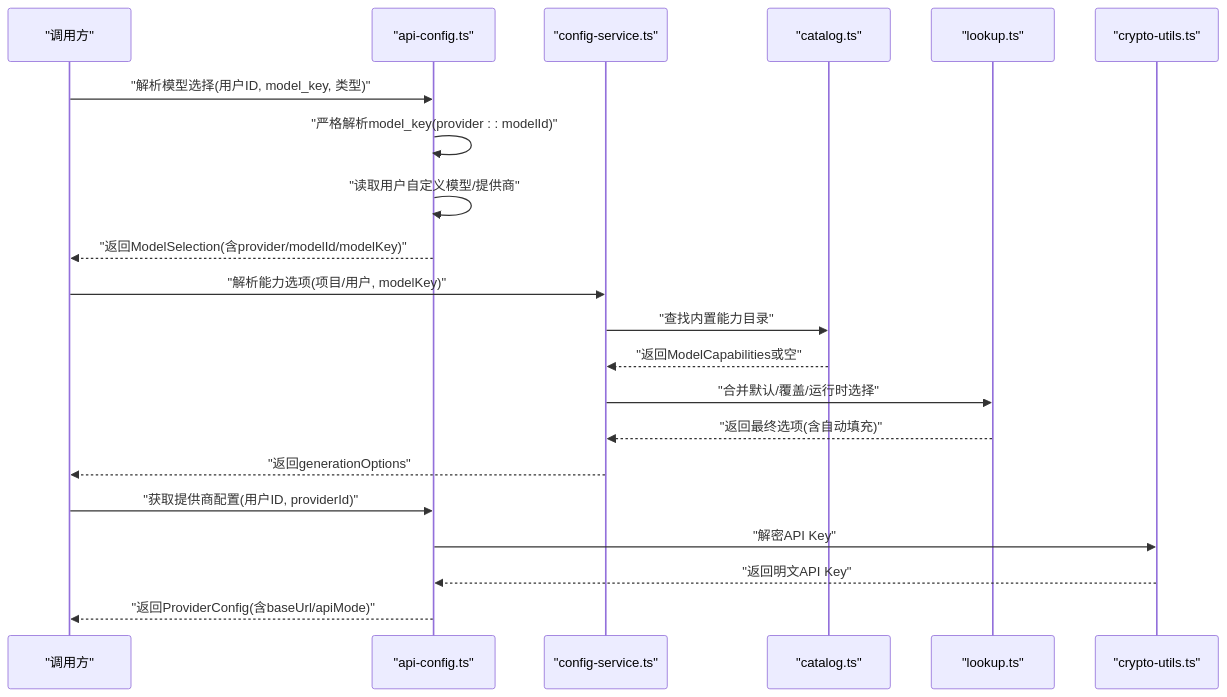
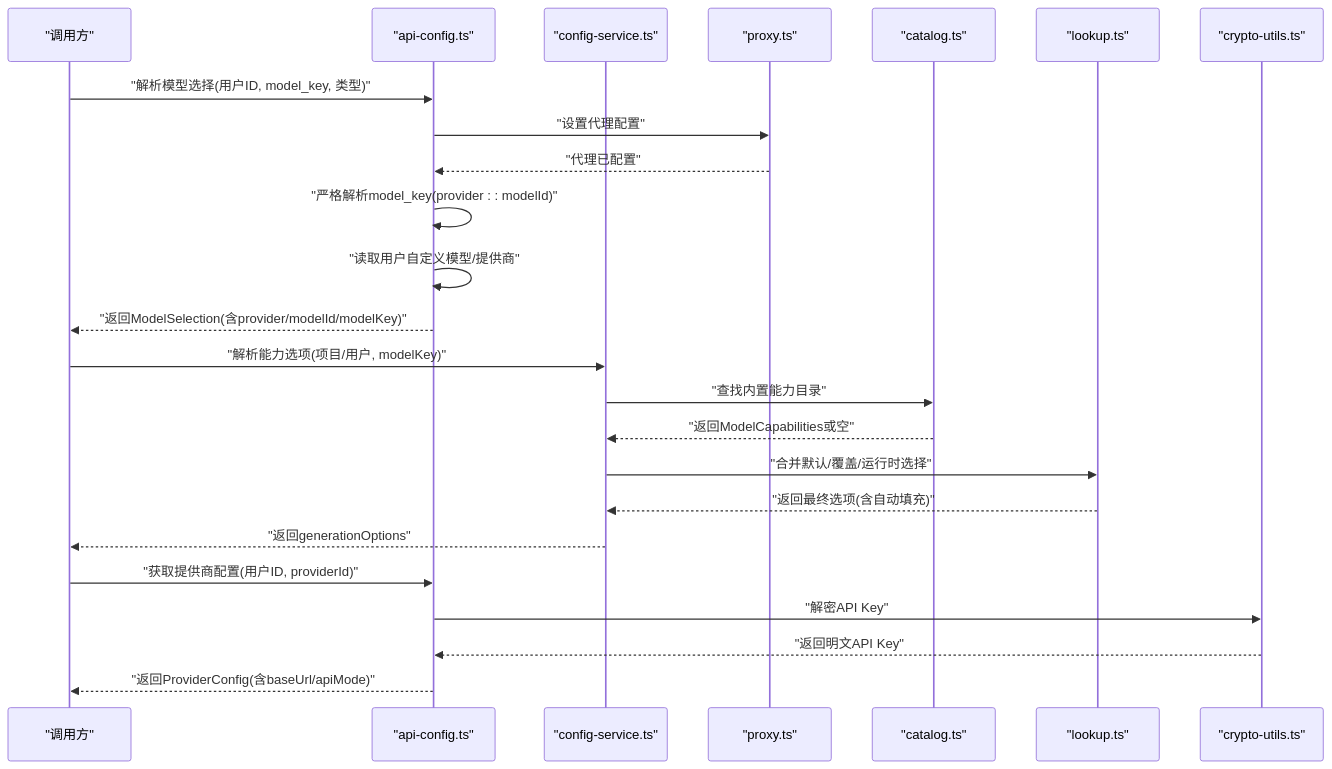
The second of 10 diagrams in .qoder/repowiki/zh/content/AI服务集成/API配置管理.md (lyl2021/waoowaoo), drawn with Mermaid before and after one commit. The commit also changed other lines of this file and 15 other files, not shown here.

````diff
--- a/.qoder/repowiki/zh/content/AI服务集成/API配置管理.md
+++ b/.qoder/repowiki/zh/content/AI服务集成/API配置管理.md
@@ -119,23 +142,26 @@
 ```mermaid
 sequenceDiagram
 participant Caller as "调用方"
 participant API as "api-config.ts"
 participant CS as "config-service.ts"
+participant Proxy as "proxy.ts"
 participant Cat as "catalog.ts"
 participant Lookup as "lookup.ts"
 participant Crypto as "crypto-utils.ts"
 Caller->>API : "解析模型选择(用户ID, model_key, 类型)"
+API->>Proxy : "设置代理配置"
+Proxy-->>API : "代理已配置"
 API->>API : "严格解析model_key(provider : : modelId)"
 API->>API : "读取用户自定义模型/提供商"
 API-->>Caller : "返回ModelSelection(含provider/modelId/modelKey)"
 Caller->>CS : "解析能力选项(项目/用户, modelKey)"
 CS->>Cat : "查找内置能力目录"
 Cat-->>CS : "返回ModelCapabilities或空"
 CS->>Lookup : "合并默认/覆盖/运行时选择"
 Lookup-->>CS : "返回最终选项(含自动填充)"
 CS-->>Caller : "返回generationOptions"
 Caller->>API : "获取提供商配置(用户ID, providerId)"
 API->>Crypto : "解密API Key"
 Crypto-->>API : "返回明文API Key"
 API-->>Caller : "返回ProviderConfig(含baseUrl/apiMode)"
 ```
````
